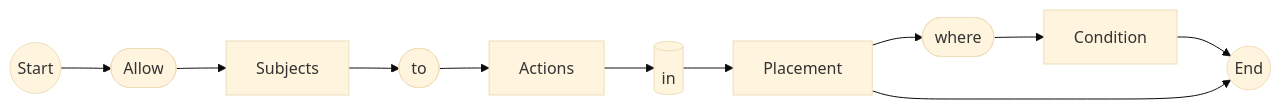
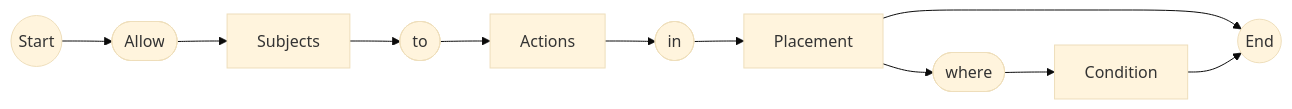
Before and after one commit to nonsugar-go/study: the first of 2 diagrams in cloud-computing/oci/iam.md, drawn with Mermaid (base theme).

````diff
--- a/cloud-computing/oci/iam.md
+++ b/cloud-computing/oci/iam.md
@@ -5,6 +5,6 @@
 ```mermaid
 flowchart LR
 
-S((Start)) --> AL([Allow]) --> SUB[Subjects] --> TO([to]) --> AC[Actions] --> IN[(in)] --> PL[Placement] --> WH([where]) --> COND[Condition] --> E((End))
-PL --> E
+S((Start)) --> AL([Allow]) --> SUB[Subjects] --> TO([to]) --> AC[Actions] --> IN([in])--> PL[Placement] --> E((End))
+PL --> WH([where]) --> COND[Condition] --> E
 ```
````
